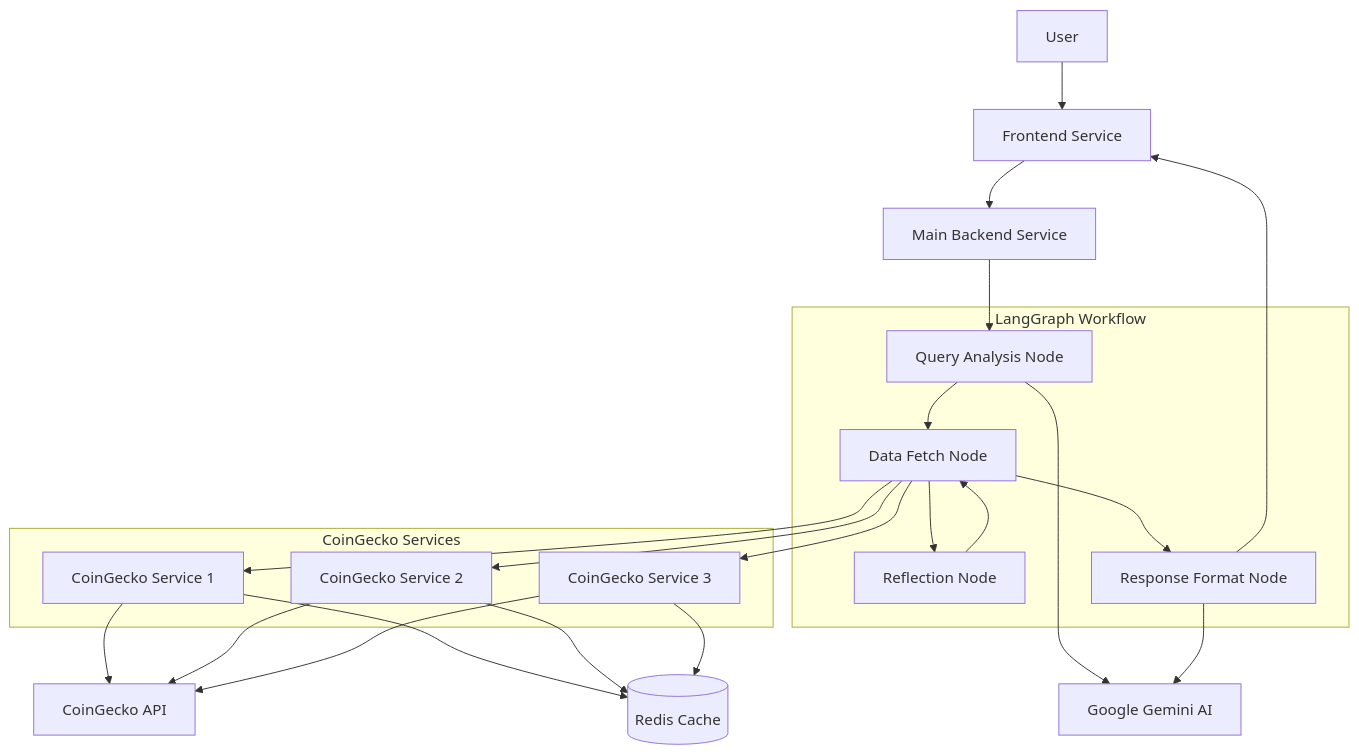
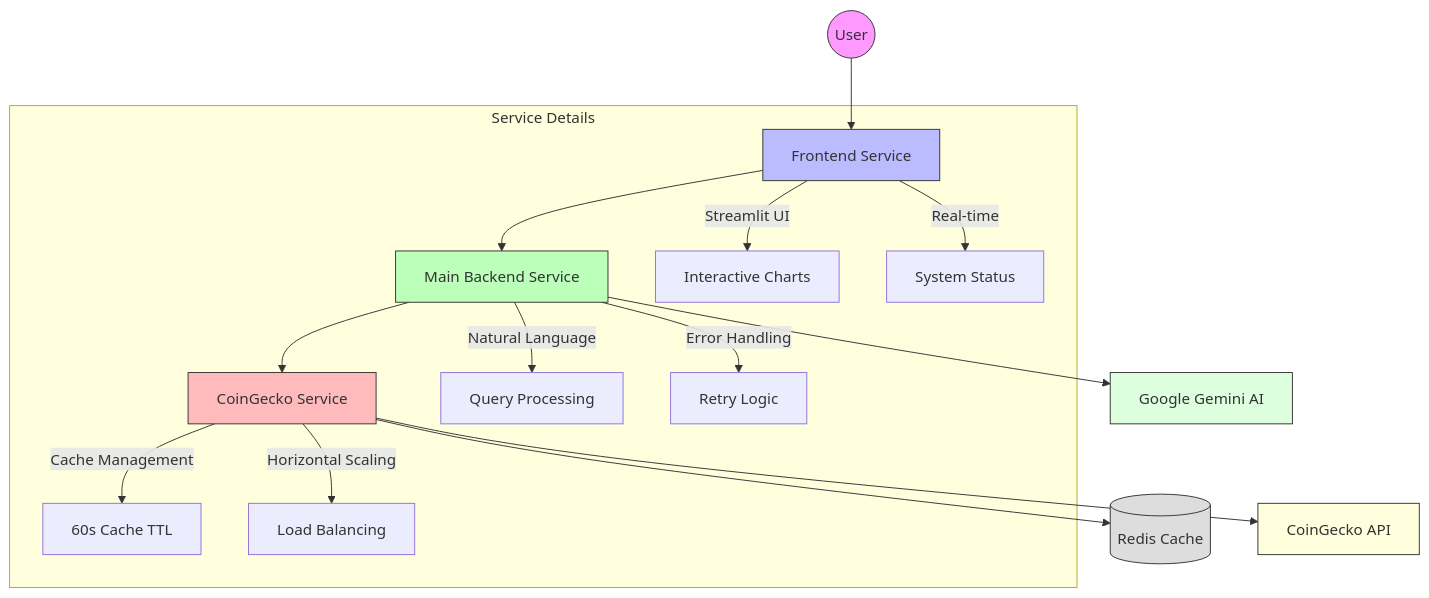
The diagram in README.md (Phat0101/ai-agent), drawn with Mermaid before and after one commit. The commit also changed other lines of this file and 1 other file, not shown here.

````diff
--- a/README.md
+++ b/README.md
@@ -12,41 +12,26 @@
 ```mermaid
 graph TD
-    User[User] --> Frontend[Frontend Service]
+    User((User)) --> Frontend[Frontend Service]
     Frontend --> Backend[Main Backend Service]
+    Backend --> CoinGecko[CoinGecko Service]
+    Backend --> GeminiAI[Google Gemini AI]
+    CoinGecko --> Redis[(Redis Cache)]
+    CoinGecko --> CoinGeckoAPI[CoinGecko API]
     
-    subgraph LangGraph Workflow
-        QueryAnalysis[Query Analysis Node]
-        FetchData[Data Fetch Node]
-        Reflection[Reflection Node]
-        FormatResponse[Response Format Node]
-        
-        QueryAnalysis --> FetchData
-        FetchData --> Reflection
-        Reflection --> FetchData
-        FetchData --> FormatResponse
+    subgraph Service Details
+        Frontend --> |Streamlit UI|Charts[Interactive Charts]
+        Frontend --> |Real-time|Status[System Status]
+        Backend --> |Natural Language|Processing[Query Processing]
+        Backend --> |Error Handling|Retry[Retry Logic]
+        CoinGecko --> |Cache Management|TTL[60s Cache TTL]
+        CoinGecko --> |Horizontal Scaling|Load[Load Balancing]
     end
     
-    Backend --> QueryAnalysis
-    FormatResponse --> Frontend
-    
-    subgraph CoinGecko Services
-        CoinGecko1[CoinGecko Service 1]
-        CoinGecko2[CoinGecko Service 2]
-        CoinGecko3[CoinGecko Service 3]
-    end
-    
-    FetchData --> CoinGecko1
-    FetchData --> CoinGecko2
-    FetchData --> CoinGecko3
-    
-    CoinGecko1 --> Redis[(Redis Cache)]
-    CoinGecko2 --> Redis
-    CoinGecko3 --> Redis
-    
-    CoinGecko1 --> CoinGeckoAPI[CoinGecko API]
-    CoinGecko2 --> CoinGeckoAPI
-    CoinGecko3 --> CoinGeckoAPI
-    
-    QueryAnalysis --> GeminiAI[Google Gemini AI]
-    FormatResponse --> GeminiAI
+    style User fill:#f9f,stroke:#333
+    style Frontend fill:#bbf,stroke:#333
+    style Backend fill:#bfb,stroke:#333
+    style CoinGecko fill:#fbb,stroke:#333
+    style Redis fill:#ddd,stroke:#333
+    style GeminiAI fill:#dfd,stroke:#333
+    style CoinGeckoAPI fill:#ffd,stroke:#333
 ```
````
